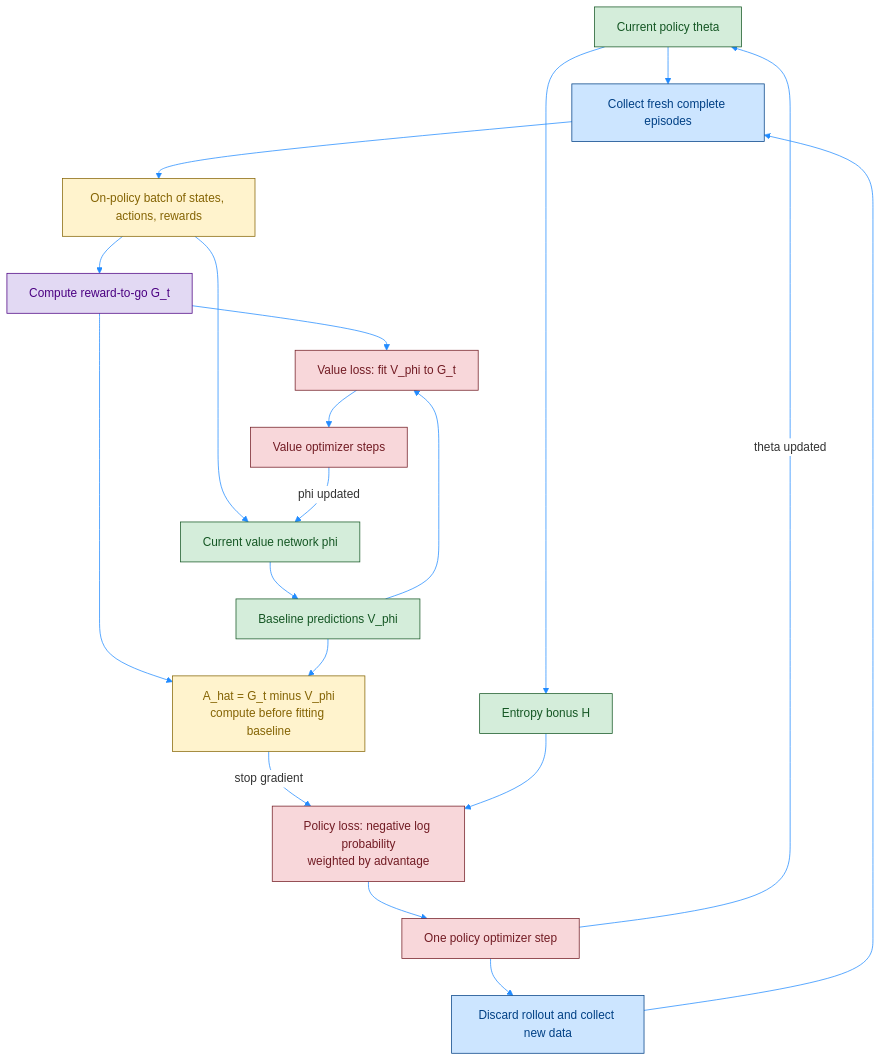
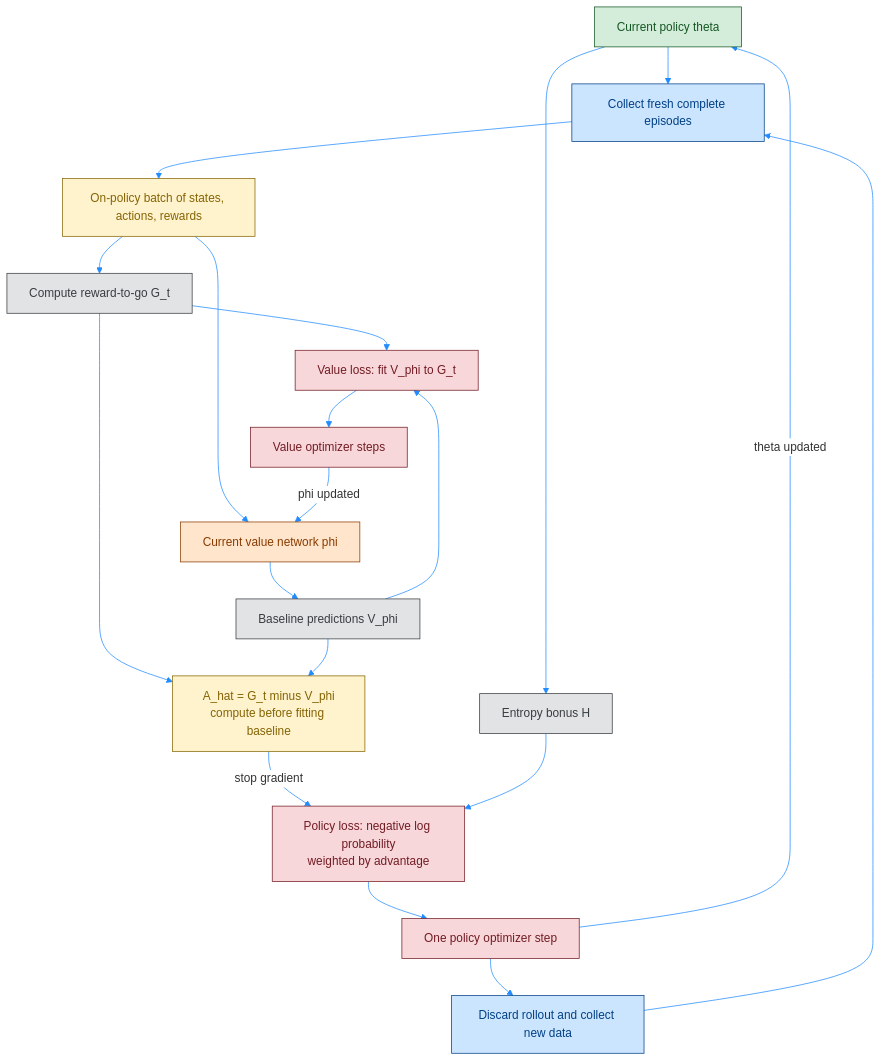
One commit to Open-Source-Robotics-For-Myanmar/rl changed the second of 3 diagrams in Day81 RL python/02_Miguel Morales - Grokking Deep Reinforcement Learning/02_rl_with_dl/rom_photos/07_1_PB_VPG.md. Above: the diagram before and after it, drawn with Mermaid. The commit also changed other lines of this file and 12 other files, not shown here.

````diff
--- a/Day81 RL python/02_Miguel Morales - Grokking Deep Reinforcement Learning/02_rl_with_dl/rom_photos/07_1_PB_VPG.md
+++ b/Day81 RL python/02_Miguel Morales - Grokking Deep Reinforcement Learning/02_rl_with_dl/rom_photos/07_1_PB_VPG.md
@@ -71,33 +83,36 @@
 ```mermaid
 %%{init: {'theme': 'base', 'themeVariables': { 'primaryColor': '#ffffff', 'lineColor': '#218bff'}}}%%
 flowchart TD
     P["Current policy theta"] --> C["Collect fresh complete episodes"]
     C --> B["On-policy batch of states, actions, rewards"]
     B --> G["Compute reward-to-go G_t"]
     B --> V["Current value network phi"]
     V --> VS["Baseline predictions V_phi"]
     G --> A["A_hat = G_t minus V_phi<br/>compute before fitting baseline"]
     VS --> A
     A -->|"stop gradient"| LP["Policy loss: negative log probability<br/>weighted by advantage"]
     P --> H["Entropy bonus H"]
     H --> LP
     LP --> OP["One policy optimizer step"]
     OP -->|"theta updated"| P
     VS --> LV["Value loss: fit V_phi to G_t"]
     G --> LV
     LV --> OV["Value optimizer steps"]
     OV -->|"phi updated"| V
     OP --> N["Discard rollout and collect new data"]
     N --> C
 
     classDef data fill:#cce5ff,stroke:#004085,stroke-width:1px,color:#004085;
-    classDef network fill:#d4edda,stroke:#155724,stroke-width:1px,color:#155724;
     classDef batch fill:#fff3cd,stroke:#856404,stroke-width:1px,color:#856404;
-    classDef target fill:#e2d9f3,stroke:#4b0082,stroke-width:1px,color:#4b0082;
     classDef train fill:#f8d7da,stroke:#721c24,stroke-width:1px,color:#721c24;
+    classDef result fill:#e2e3e5,stroke:#383d41,stroke-width:1px,color:#383d41;
+    classDef policyNetwork fill:#d4edda,stroke:#155724,stroke-width:1px,color:#155724;
+    classDef valueNetwork fill:#ffe5cc,stroke:#8a3b00,stroke-width:1px,color:#8a3b00;
+
     class C,N data;
-    class P,V,VS,H network;
     class B,A batch;
-    class G target;
     class LP,OP,LV,OV train;
+    class VS,H,G result;
+    class P policyNetwork;
+    class V valueNetwork;
 ```
````
